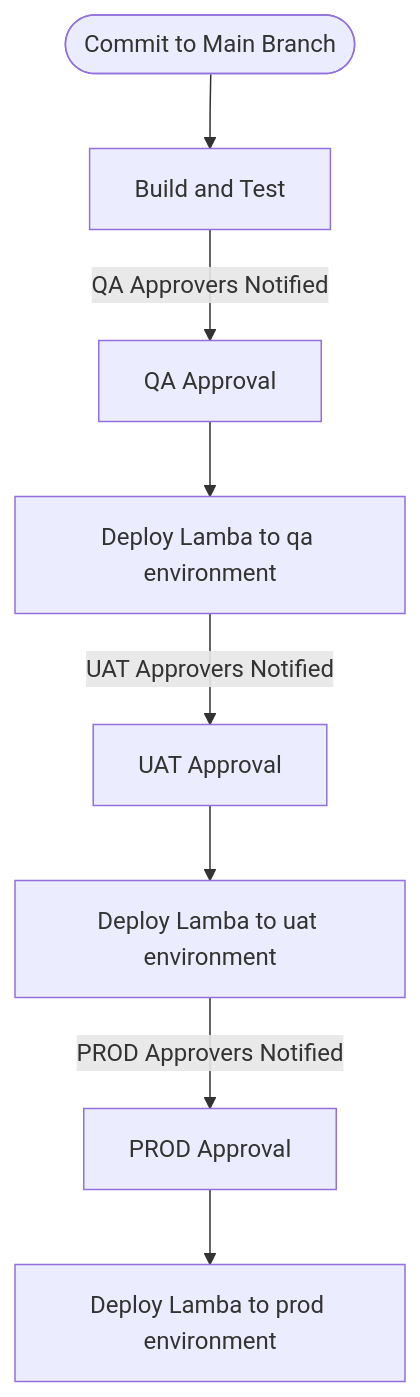
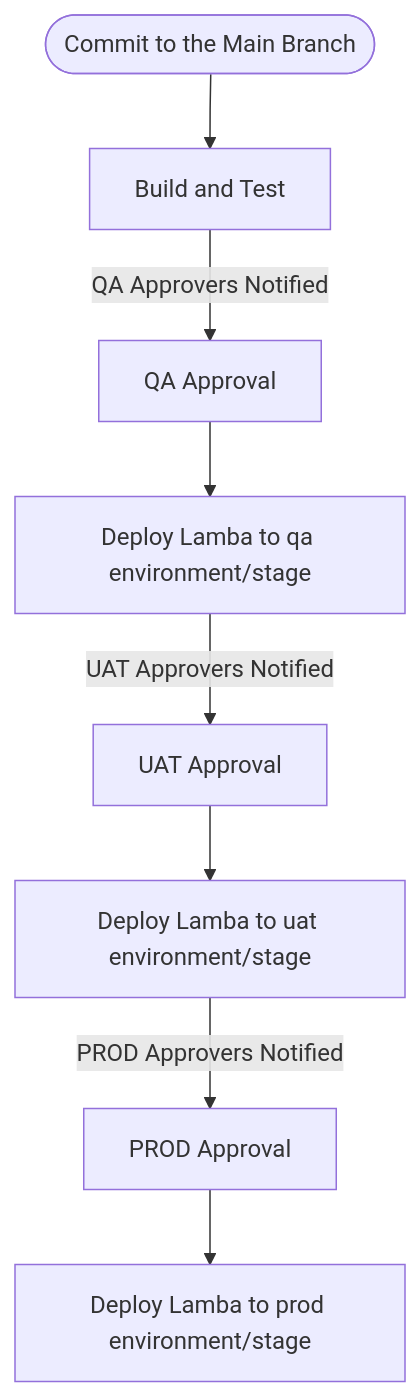
One commit to bogeorge/githubworkflow changed the third of 3 diagrams in .github/workflows/README.md. Above: the diagram before and after it, drawn with Mermaid. The commit also changed other lines of this file and 15 other files, not shown here.

````diff
--- a/.github/workflows/README.md
+++ b/.github/workflows/README.md
@@ -59,11 +59,11 @@
 ```mermaid
 graph TD;
-    id1([Commit to Main Branch])
+    id1([Commit to the Main Branch])
     -->id2[Build and Test]--QA Approvers Notified
     -->id3[QA Approval]
-    -->id4[Deploy Lamba to qa environment]--UAT Approvers Notified
+    -->id4[Deploy Lamba to qa environment/stage]--UAT Approvers Notified
     -->id5[UAT Approval]
-    -->id6[Deploy Lamba to uat environment]--PROD Approvers Notified
+    -->id6[Deploy Lamba to uat environment/stage]--PROD Approvers Notified
     -->id7[PROD Approval]
-    -->id8[Deploy Lamba to prod environment]
+    -->id8[Deploy Lamba to prod environment/stage]
 ```    
````
